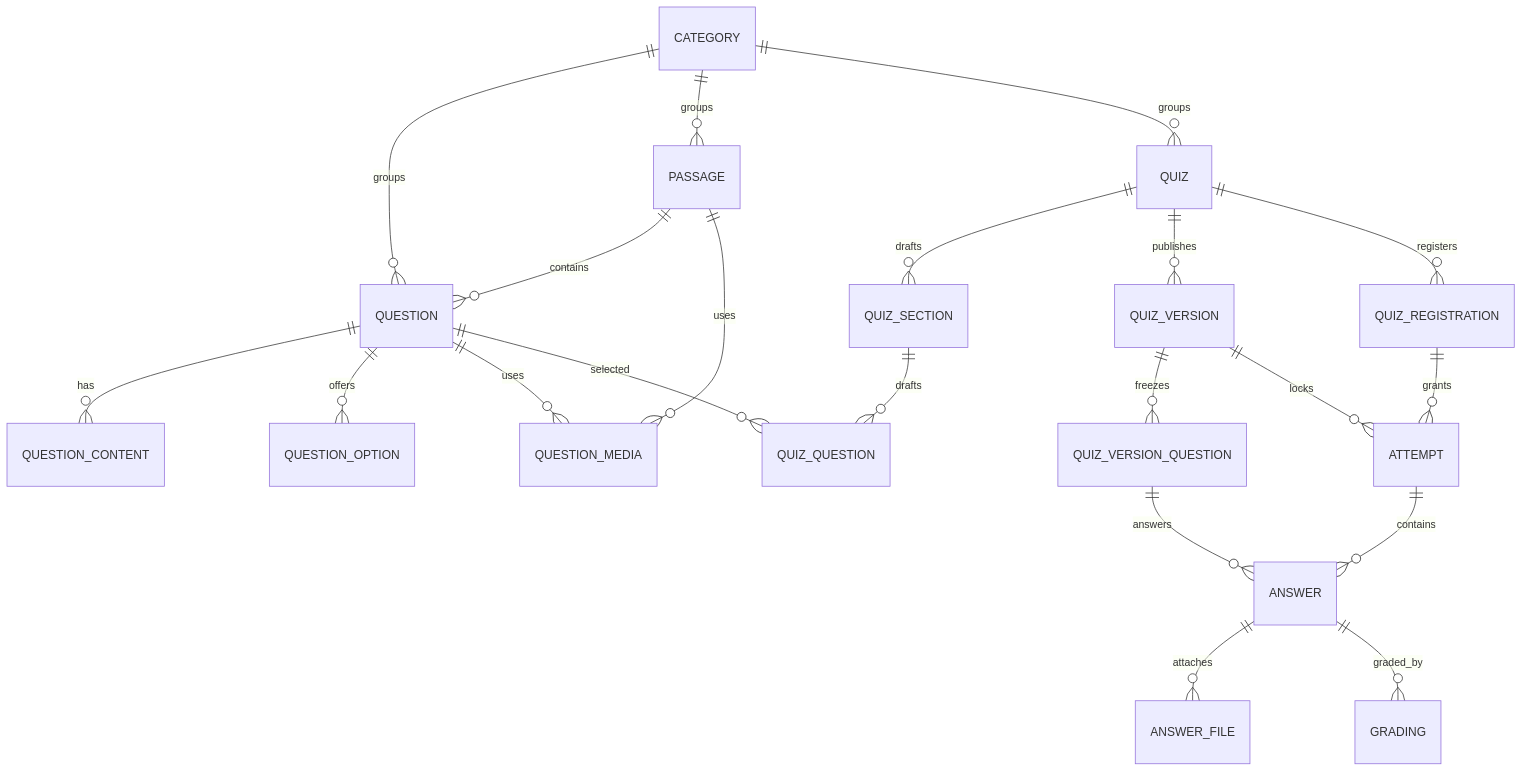
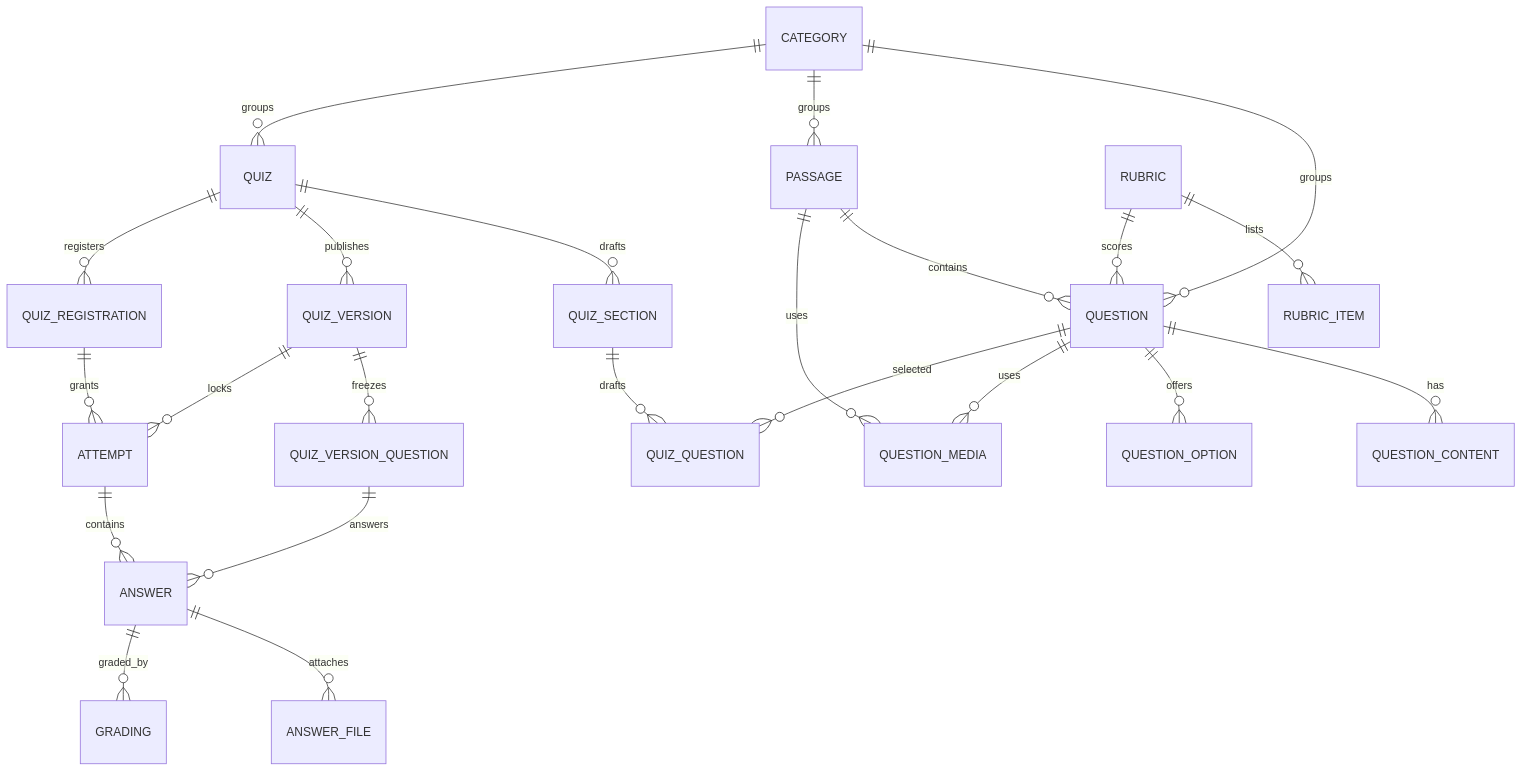
Before and after one commit to tiemtt-ai/lf: the first of 2 diagrams in docs/database/assessment/README.md, drawn with Mermaid. The commit also changed other lines of this file and 51 other files, not shown here.

````diff
--- a/docs/database/assessment/README.md
+++ b/docs/database/assessment/README.md
@@ -88,26 +95,28 @@
 ```mermaid
 erDiagram
     CATEGORY ||--o{ QUESTION : groups
     CATEGORY ||--o{ PASSAGE : groups
     CATEGORY ||--o{ QUIZ : groups
     PASSAGE ||--o{ QUESTION : contains
     QUESTION ||--o{ QUESTION_CONTENT : has
     QUESTION ||--o{ QUESTION_OPTION : offers
     QUESTION ||--o{ QUESTION_MEDIA : uses
     PASSAGE ||--o{ QUESTION_MEDIA : uses
+    RUBRIC ||--o{ RUBRIC_ITEM : lists
+    RUBRIC ||--o{ QUESTION : scores
 
     QUIZ ||--o{ QUIZ_SECTION : drafts
     QUIZ_SECTION ||--o{ QUIZ_QUESTION : drafts
     QUESTION ||--o{ QUIZ_QUESTION : selected
 
     QUIZ ||--o{ QUIZ_VERSION : publishes
     QUIZ_VERSION ||--o{ QUIZ_VERSION_QUESTION : freezes
 
     QUIZ ||--o{ QUIZ_REGISTRATION : registers
     QUIZ_REGISTRATION ||--o{ ATTEMPT : grants
     QUIZ_VERSION ||--o{ ATTEMPT : locks
     ATTEMPT ||--o{ ANSWER : contains
     QUIZ_VERSION_QUESTION ||--o{ ANSWER : answers
     ANSWER ||--o{ ANSWER_FILE : attaches
     ANSWER ||--o{ GRADING : graded_by
 ```
````
